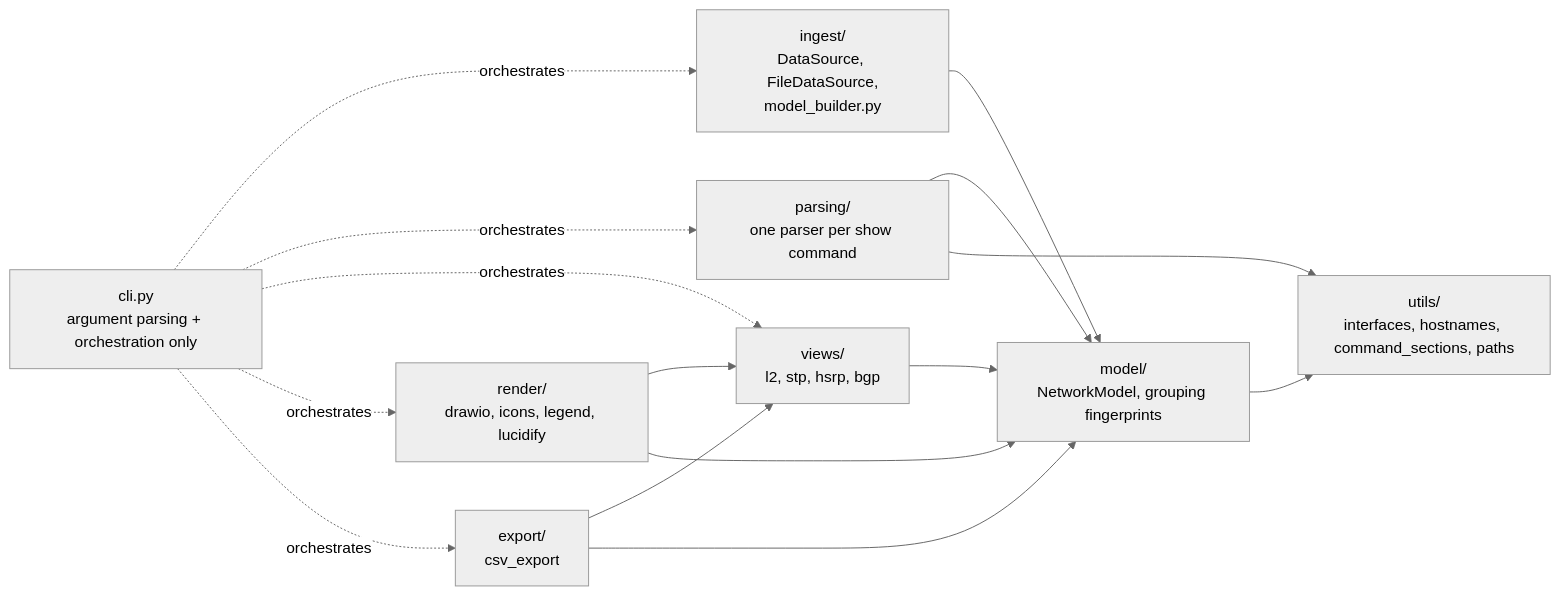
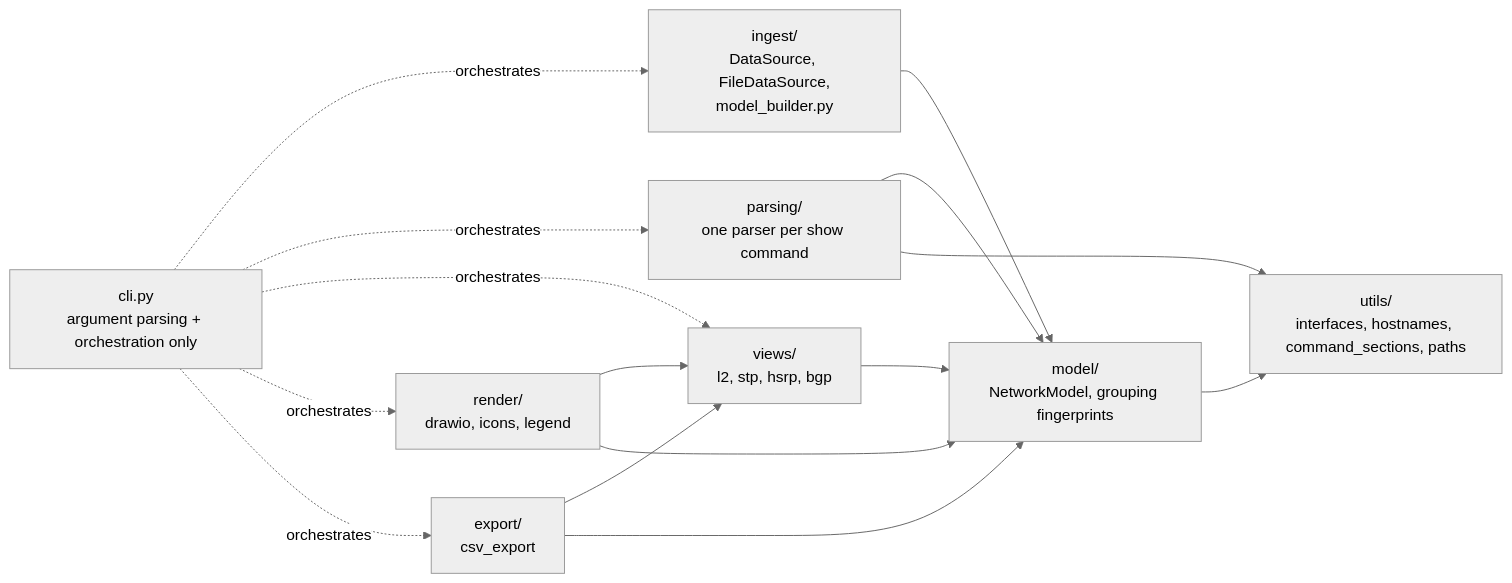
The first of 4 diagrams in docs/architecture.md (isrferna/nettopo), drawn with Mermaid (neutral theme) before and after one commit. The commit also changed other lines of this file and 18 other files, not shown here.

````diff
--- a/docs/architecture.md
+++ b/docs/architecture.md
@@ -30,17 +30,17 @@
 ```mermaid
 flowchart LR
     ingest["ingest/<br/>DataSource, FileDataSource,<br/>model_builder.py"] --> model["model/<br/>NetworkModel, grouping fingerprints"]
     parsing["parsing/<br/>one parser per show command"] --> model
     views["views/<br/>l2, stp, hsrp, bgp"] --> model
-    render["render/<br/>drawio, icons, legend, lucidify"] --> views
+    render["render/<br/>drawio, icons, legend"] --> views
     render --> model
     export["export/<br/>csv_export"] --> views
     export --> model
     model --> utils["utils/<br/>interfaces, hostnames, command_sections, paths"]
     parsing --> utils
     cli["cli.py<br/>argument parsing + orchestration only"] -. orchestrates .-> ingest
     cli -. orchestrates .-> parsing
     cli -. orchestrates .-> views
     cli -. orchestrates .-> render
     cli -. orchestrates .-> export
 ```
````
